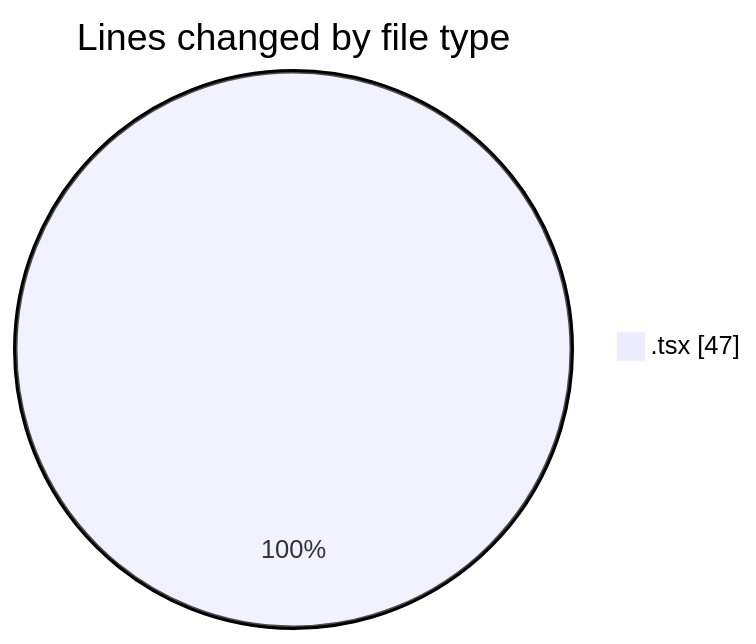
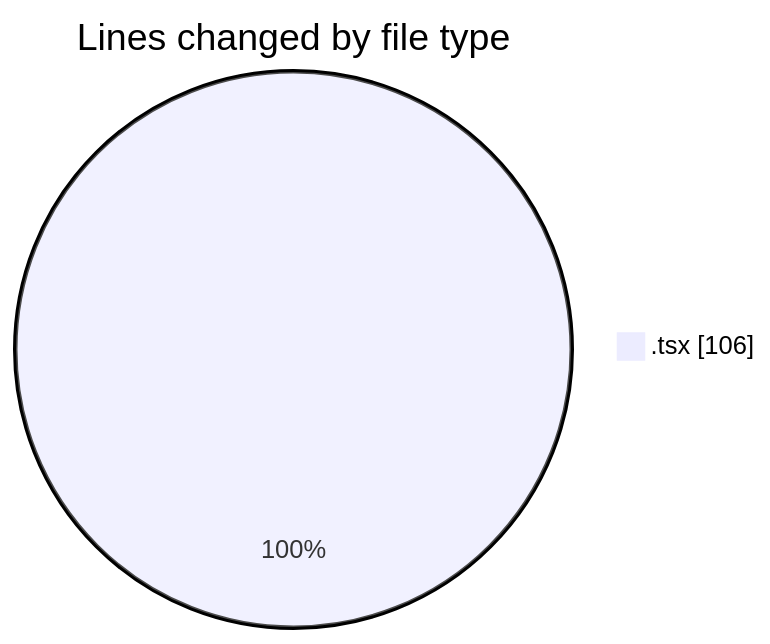
Before and after one commit to nxtqubesakshisongat/code-tracking: the first of 2 diagrams in 2026-01-30/nxtqube_webapp/README.md, drawn with Mermaid. The commit also changed other lines of this file and 1 other file, not shown here.

````diff
--- a/2026-01-30/nxtqube_webapp/README.md
+++ b/2026-01-30/nxtqube_webapp/README.md
@@ -20,5 +21,5 @@
 ```mermaid
 pie showData
 title Lines changed by file type
-".tsx" : 47
+".tsx" : 106
 ```
````
